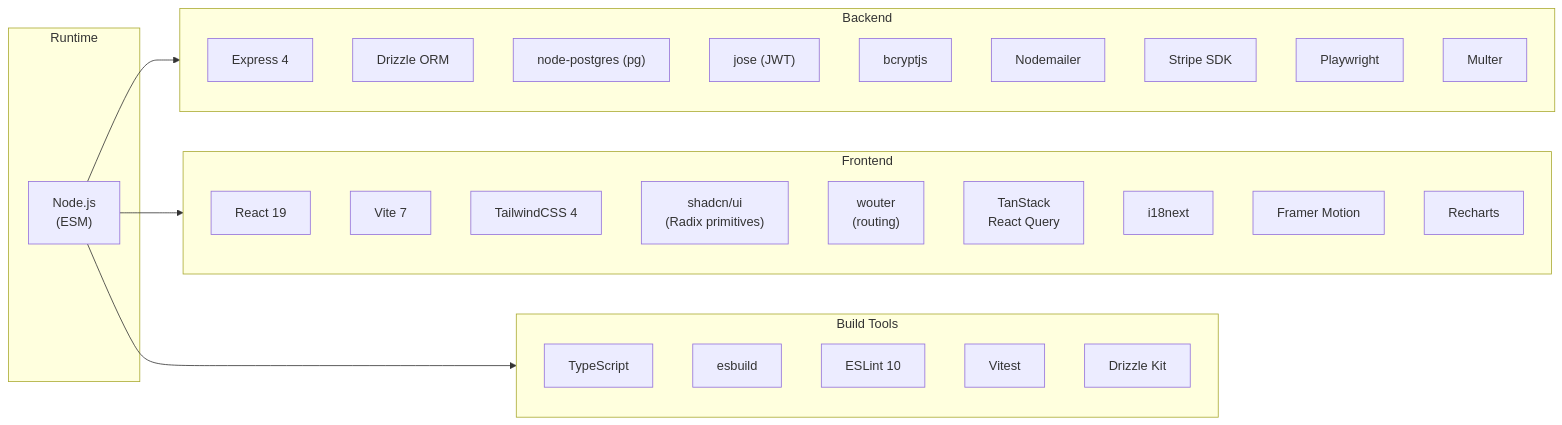
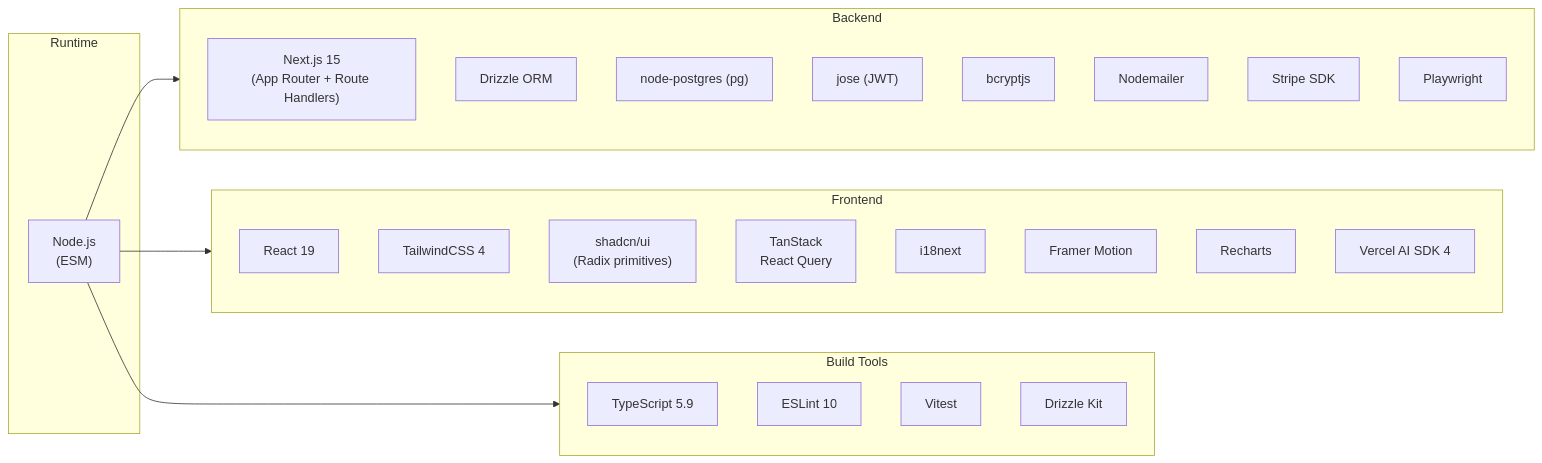
The sixth of 7 diagrams in docs/architecture-development.md (erium/app-template), drawn with Mermaid before and after one commit. The commit also changed other lines of this file and 7 other files, not shown here.

First line of the commit message:
docs: update all documentation for Next.js App Router migration

````diff
--- a/docs/architecture-development.md
+++ b/docs/architecture-development.md
@@ -207,42 +208,39 @@
 ```mermaid
 graph LR
     subgraph Runtime["Runtime"]
         Node["Node.js<br/>(ESM)"]
     end
 
     subgraph Backend["Backend"]
-        Express["Express 4"]
+        NextJS["Next.js 15<br/>(App Router + Route Handlers)"]
         DrizzleORM["Drizzle ORM"]
         PG["node-postgres (pg)"]
         Jose["jose (JWT)"]
         Bcrypt["bcryptjs"]
         Nodemailer["Nodemailer"]
         StripeSdk["Stripe SDK"]
         PlaywrightLib["Playwright"]
-        MulterLib["Multer"]
     end
 
     subgraph Frontend["Frontend"]
         React["React 19"]
-        Vite["Vite 7"]
         Tailwind["TailwindCSS 4"]
         ShadcnUI["shadcn/ui<br/>(Radix primitives)"]
-        Wouter["wouter<br/>(routing)"]
         RQuery["TanStack<br/>React Query"]
         I18Next["i18next"]
         Framer["Framer Motion"]
         Recharts["Recharts"]
+        AISDk["Vercel AI SDK 4"]
     end
 
     subgraph Build["Build Tools"]
-        TSC["TypeScript"]
-        ESBuildTool["esbuild"]
+        TSC["TypeScript 5.9"]
         ESLint["ESLint 10"]
         Vitest["Vitest"]
         DrizzleKit["Drizzle Kit"]
     end
 
     Node --> Backend
     Node --> Frontend
     Node --> Build
 ```
````
